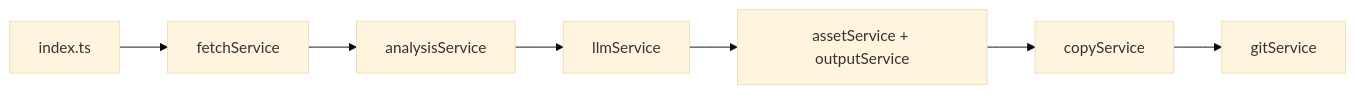
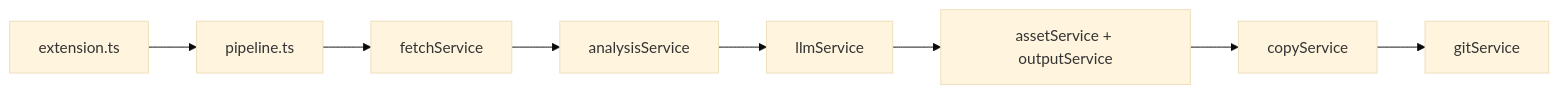
Before and after one commit to hanav1ye/note2zenn-hanaviye: the diagram in docs/SOURCE_AND_FLOW.md, drawn with Mermaid (base theme). The commit also changed other lines of this file and 74 other files, not shown here.

````diff
--- a/docs/SOURCE_AND_FLOW.md
+++ b/docs/SOURCE_AND_FLOW.md
@@ -13,9 +15,10 @@
 ```mermaid
 flowchart LR
-  CLI[index.ts] --> Fetch[fetchService]
+  VSCode[extension.ts] --> Pipeline[pipeline.ts]
+  Pipeline --> Fetch[fetchService]
   Fetch --> Analysis[analysisService]
   Analysis --> Inference[llmService]
   Inference --> DL[assetService + outputService]
   DL --> Copy[copyService]
   Copy --> Pub[gitService]
 ```
````
